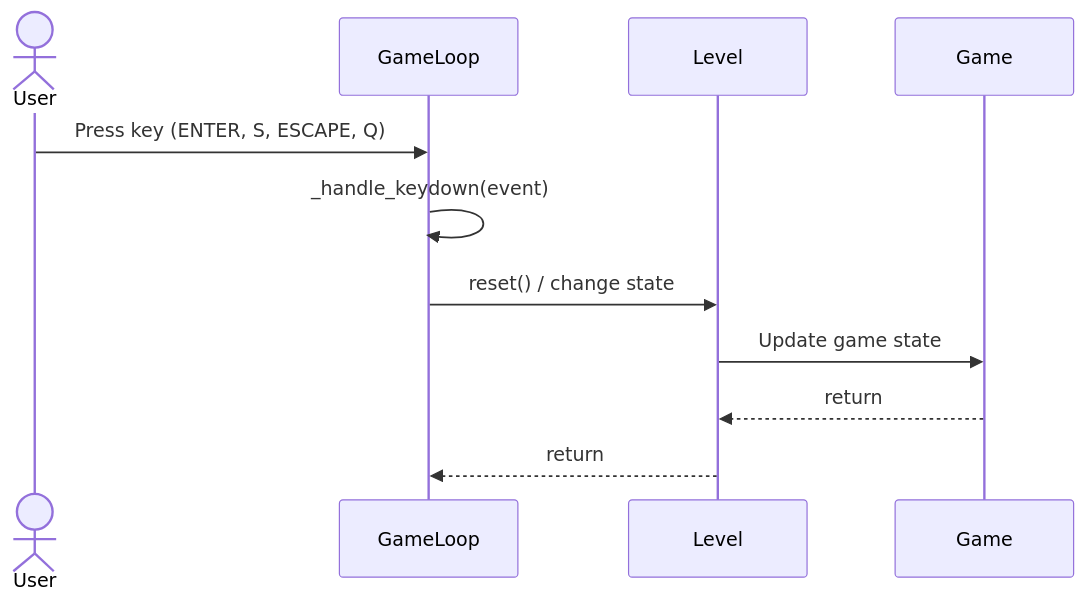
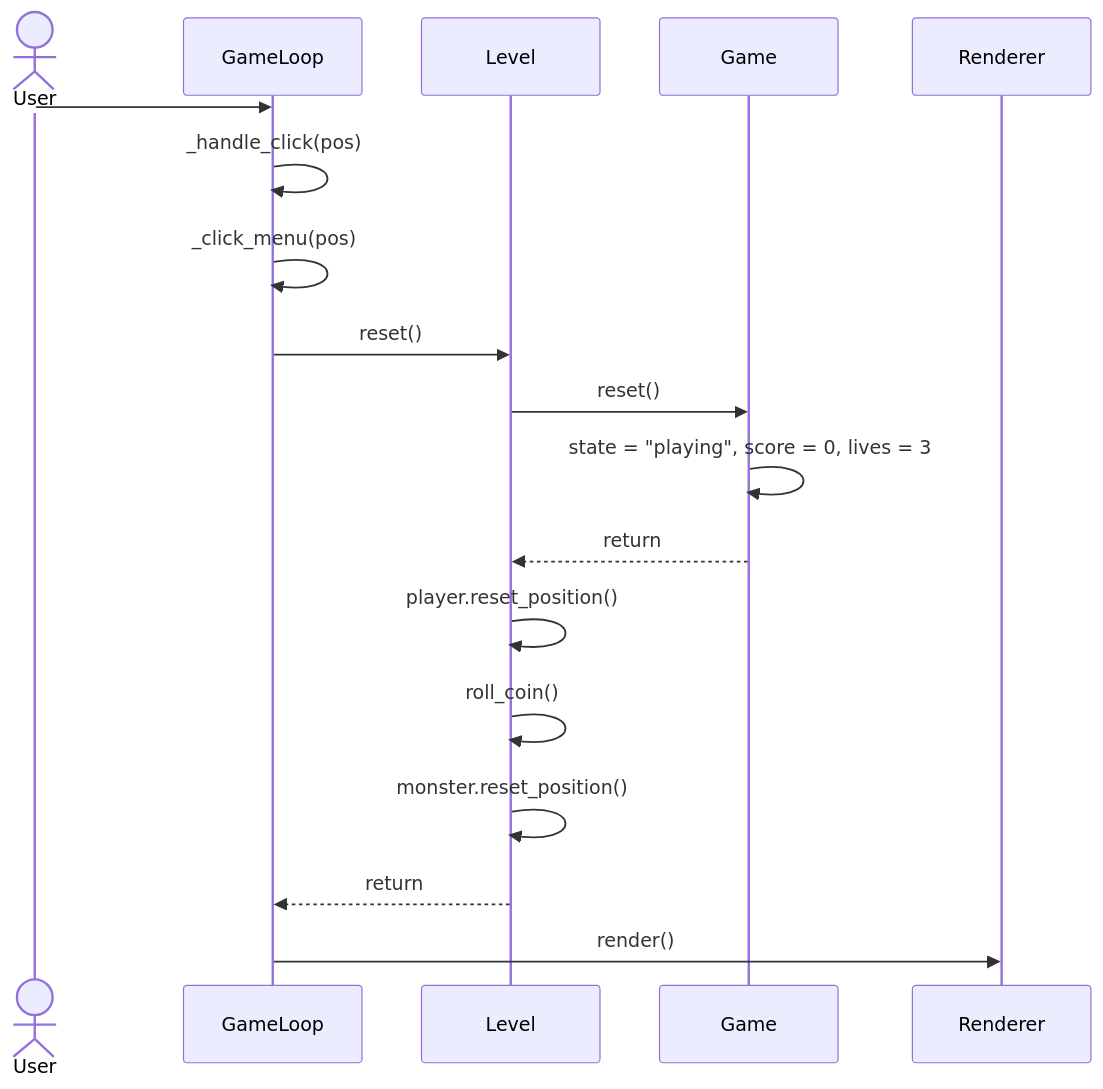
The fourth of 4 diagrams in coin-collecter-app/dokumentaatio/arkkitehtuuri.md (hodelma/ot-harjoitustyo), drawn with Mermaid before and after one commit. The commit also changed other lines of this file, not shown here.

````diff
--- a/coin-collecter-app/dokumentaatio/arkkitehtuuri.md
+++ b/coin-collecter-app/dokumentaatio/arkkitehtuuri.md
@@ -237,14 +268,20 @@
 ```mermaid
 sequenceDiagram
     actor User
     participant GameLoop
     participant Level
     participant Game
-
-    User->>GameLoop: Press key (ENTER, S, ESCAPE, Q)
-    GameLoop->>GameLoop: _handle_keydown(event)
-    GameLoop->>Level: reset() / change state
-    Level->>Game: Update game state
+ 
+    User->>GameLoop:
+    GameLoop->>GameLoop: _handle_click(pos)
+    GameLoop->>GameLoop: _click_menu(pos)
+    GameLoop->>Level: reset()
+    Level->>Game: reset()
+    Game->>Game: state = "playing", score = 0, lives = 3
     Game-->>Level: return
+    Level->>Level: player.reset_position()
+    Level->>Level: roll_coin()
+    Level->>Level: monster.reset_position()
     Level-->>GameLoop: return
+    GameLoop->>Renderer: render()
 ```
````
